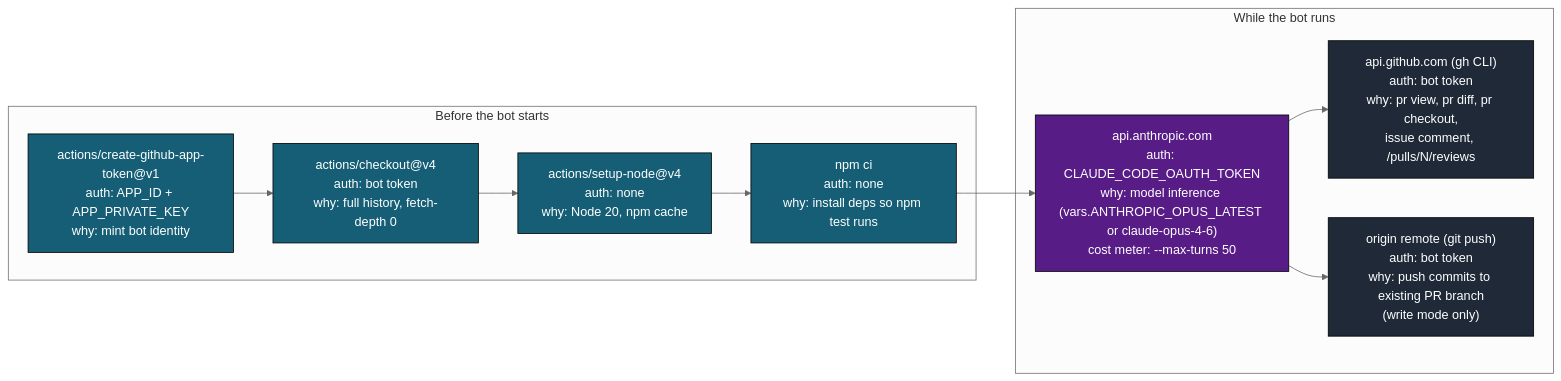
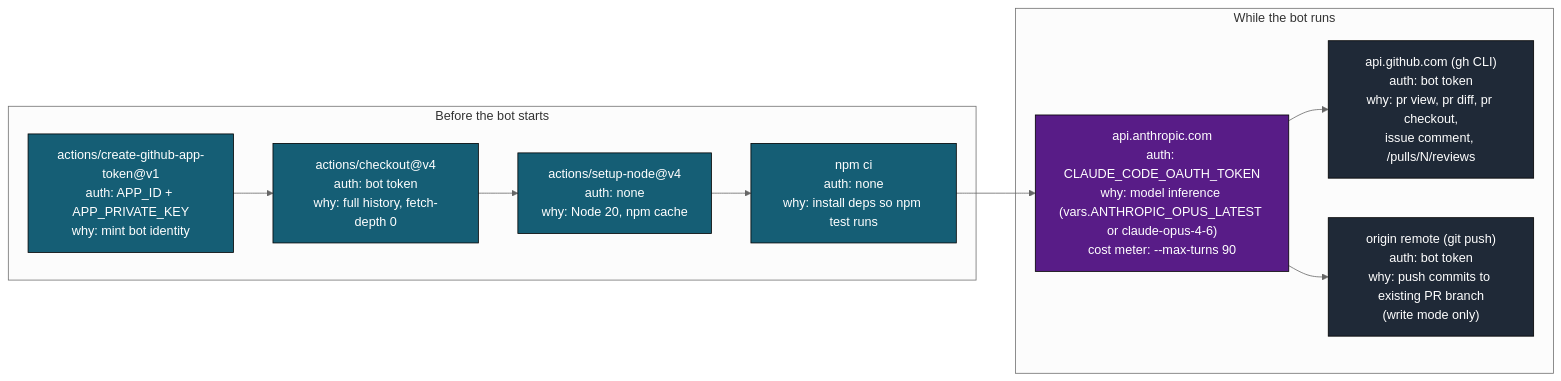
Before and after one commit to llm-exe/llm-exe: the eighth of 13 diagrams in .github/docs/BOT_RESPOND_DEEP_DIVE.md, drawn with Mermaid (neutral theme). The commit also changed other lines of this file and 2 other files, not shown here.

First line of the commit message:
docs: sync bot-respond deep dive after max-turns bump to 90

````diff
--- a/.github/docs/BOT_RESPOND_DEEP_DIVE.md
+++ b/.github/docs/BOT_RESPOND_DEEP_DIVE.md
@@ -357,23 +357,23 @@
 ```mermaid
 flowchart LR
     classDef pre fill:#155e75,color:#fff,stroke:#000
     classDef llm fill:#581c87,color:#fff,stroke:#000
     classDef gh fill:#1f2937,color:#fff,stroke:#000
 
     subgraph Pre["Before the bot starts"]
         c1["actions/create-github-app-token@v1\nauth: APP_ID + APP_PRIVATE_KEY\nwhy: mint bot identity"]:::pre
         c2["actions/checkout@v4\nauth: bot token\nwhy: full history, fetch-depth 0"]:::pre
         c3["actions/setup-node@v4\nauth: none\nwhy: Node 20, npm cache"]:::pre
         c4["npm ci\nauth: none\nwhy: install deps so npm test runs"]:::pre
     end
 
     subgraph During["While the bot runs"]
-        d1["api.anthropic.com\nauth: CLAUDE_CODE_OAUTH_TOKEN\nwhy: model inference (vars.ANTHROPIC_OPUS_LATEST or claude-opus-4-6)\ncost meter: --max-turns 50"]:::llm
+        d1["api.anthropic.com\nauth: CLAUDE_CODE_OAUTH_TOKEN\nwhy: model inference (vars.ANTHROPIC_OPUS_LATEST or claude-opus-4-6)\ncost meter: --max-turns 90"]:::llm
         d2["api.github.com (gh CLI)\nauth: bot token\nwhy: pr view, pr diff, pr checkout,\nissue comment, /pulls/N/reviews"]:::gh
         d3["origin remote (git push)\nauth: bot token\nwhy: push commits to existing PR branch\n(write mode only)"]:::gh
     end
 
     c1 --> c2 --> c3 --> c4 --> d1
     d1 --> d2
     d1 --> d3
 ```
````
